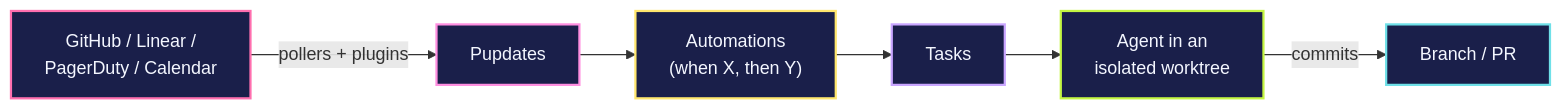
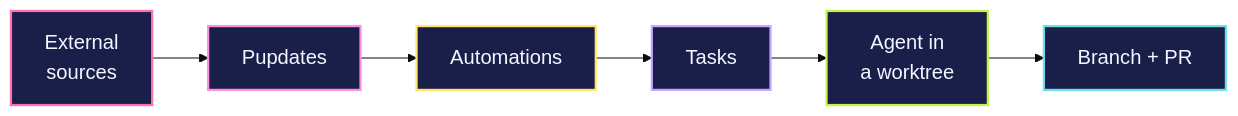
One commit to bkawa-bot/planet-maiko changed the third of 3 diagrams in README.md. Above: the diagram before and after it, drawn with Mermaid. The commit also changed other lines of this file, not shown here.

First line of the commit message:
README diagrams: shorter labels + 18px fontSize so text reads

````diff
--- a/README.md
+++ b/README.md
@@ -68,17 +68,18 @@
 ```mermaid
+%%{init: {'theme':'base','themeVariables':{'fontSize':'18px'}}}%%
 flowchart LR
-  SRC["GitHub / Linear /<br/>PagerDuty / Calendar"]:::source
+  SRC["External<br/>sources"]:::source
   PUP["Pupdates"]:::signal
-  AUTO["Automations<br/>(when X, then Y)"]:::auto
+  AUTO["Automations"]:::auto
   TASK["Tasks"]:::task
-  AGENT["Agent in an<br/>isolated worktree"]:::pack
-  PR["Branch / PR"]:::pr
-  SRC -->|"pollers + plugins"| PUP --> AUTO --> TASK --> AGENT -->|"commits"| PR
+  AGENT["Agent in<br/>a worktree"]:::pack
+  PR["Branch + PR"]:::pr
+  SRC --> PUP --> AUTO --> TASK --> AGENT --> PR
 
   classDef source fill:#1A1F4A,stroke:#FF6FAF,stroke-width:2px,color:#F4F7FF;
   classDef signal fill:#1A1F4A,stroke:#FF8FE0,stroke-width:2px,color:#F4F7FF;
   classDef auto fill:#1A1F4A,stroke:#FFE66D,stroke-width:2px,color:#F4F7FF;
   classDef task fill:#1A1F4A,stroke:#C9A6FF,stroke-width:2px,color:#F4F7FF;
   classDef pack fill:#1A1F4A,stroke:#C4F542,stroke-width:2px,color:#F4F7FF;
   classDef pr fill:#1A1F4A,stroke:#6FE0E8,stroke-width:2px,color:#F4F7FF;
 ```
````
